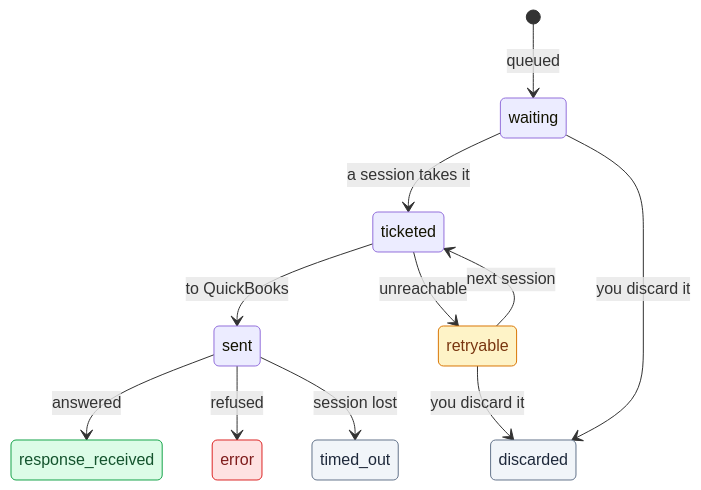
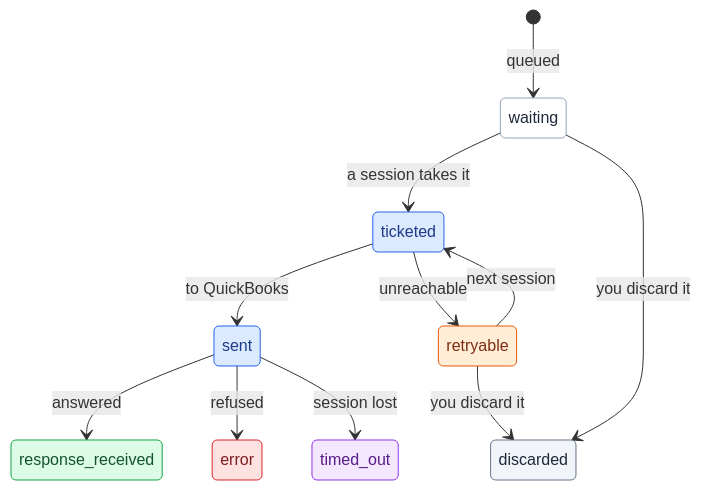
One commit to qubeintegrations/docs changed the third of 3 diagrams in how-it-works.mdx. Above: the diagram before and after it, drawn with Mermaid. The commit also changed other lines of this file and 16 other files, not shown here.

````diff
--- a/how-it-works.mdx
+++ b/how-it-works.mdx
@@ -78,21 +78,27 @@
 ```mermaid
 stateDiagram-v2
   [*] --> waiting: queued
   waiting --> ticketed: a session takes it
   ticketed --> sent: to QuickBooks
   sent --> response_received: answered
   sent --> error: refused
   sent --> timed_out: session lost
   ticketed --> retryable: unreachable
   retryable --> ticketed: next session
   waiting --> discarded: you discard it
   retryable --> discarded: you discard it
-  classDef ask fill:#fef3c7,stroke:#d97706,color:#78350f
+  classDef ask fill:#ffedd5,stroke:#ea580c,color:#7c2d12
+  classDef lost fill:#f3e8ff,stroke:#9333ea,color:#581c87
+  classDef active fill:#dbeafe,stroke:#2563eb,color:#1e3a8a
+  classDef plain fill:#ffffff,stroke:#94a3b8,color:#1e293b
   classDef good fill:#dcfce7,stroke:#16a34a,color:#14532d
   classDef quiet fill:#f1f5f9,stroke:#64748b,color:#1e293b
   classDef bad fill:#fee2e2,stroke:#dc2626,color:#7f1d1d
   class retryable ask
   class response_received good
-  class timed_out, discarded quiet
+  class timed_out lost
+  class discarded quiet
+  class ticketed, sent active
+  class waiting plain
   class error bad
 ```
````
